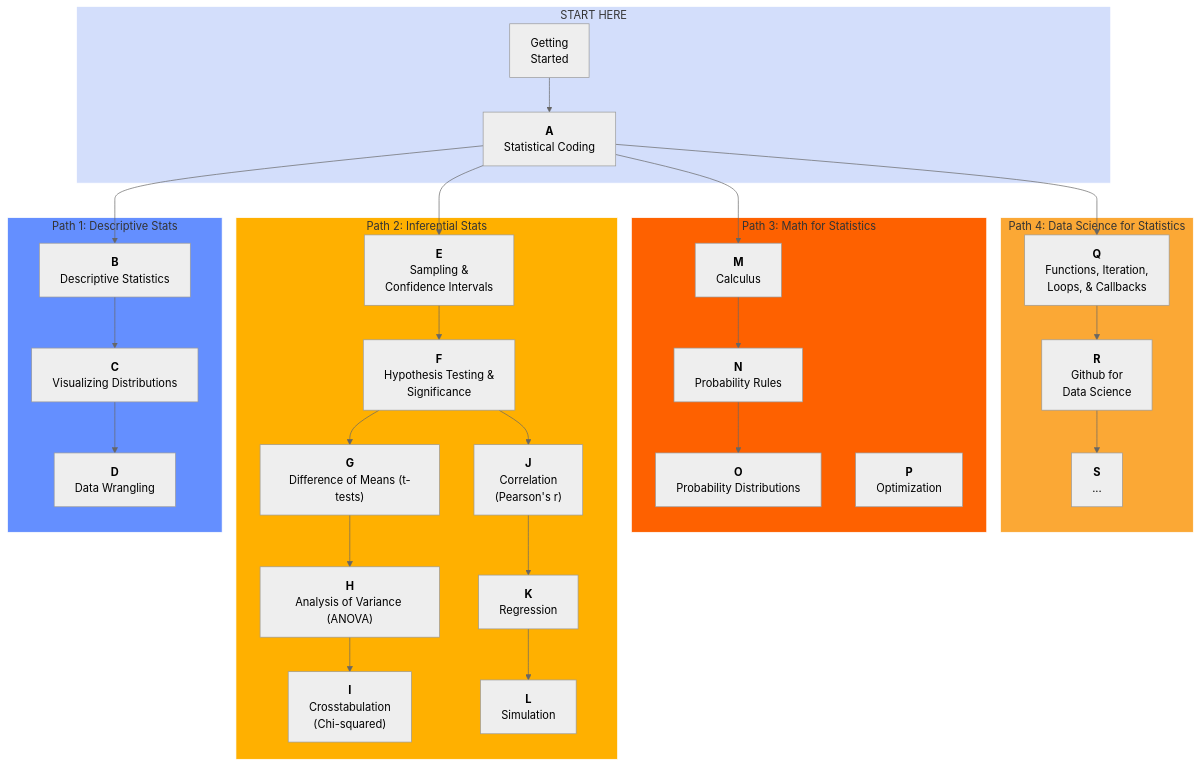
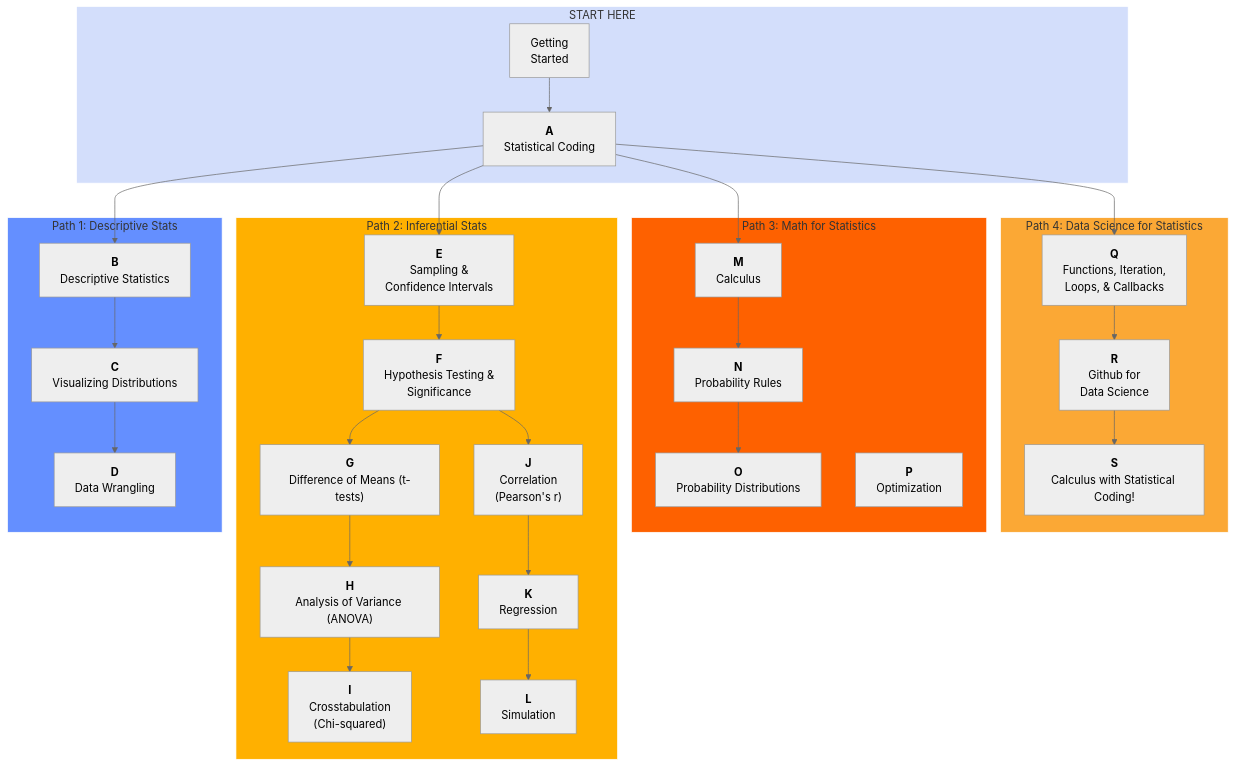
Before and after one commit to timothyfraser/stats_bootcamp: the diagram in README.md, drawn with Mermaid (neutral theme).

````diff
--- a/README.md
+++ b/README.md
@@ -85,68 +85,68 @@
 ```mermaid
 flowchart TD
 
 
 subgraph p0["START HERE"]
     Z["Getting<br>Started"]
     A["<b>A</b><br>Statistical Coding"]
 end
 
 subgraph p4["Path 4: Data Science for Statistics"]
     Q["<b>Q</b><br>Functions, Iteration,<br>Loops, & Callbacks"]
     R["<b>R</b><br>Github for<br>Data Science"]
-    S["<b>S</b><br>..."]
+    S["<b>S</b><br>Calculus with Statistical Coding!"]
 end
 
 subgraph p3["Path 3: Math for Statistics"]
     M["<b>M</b><br>Calculus"]
     N["<b>N</b><br>Probability Rules"]
     O["<b>O</b><br>Probability Distributions"]
     P["<b>P</b><br>Optimization"]
 end
 
 subgraph p2["Path 2: Inferential Stats"]
     E["<b>E</b><br>Sampling &<br>Confidence Intervals"]
     F["<b>F</b><br>Hypothesis Testing &<br>Significance"]
     G["<b>G</b><br>Difference of Means (t-tests)"]
     H["<b>H</b><br>Analysis of Variance (ANOVA)"]
     I["<b>I</b><br>Crosstabulation<br>(Chi-squared)"]
     J["<b>J</b><br>Correlation<br>(Pearson's r)"]
     K["<b>K</b><br>Regression"]
     L["<b>L</b><br>Simulation"]
 end
 
 subgraph p1["Path 1: Descriptive Stats"]
     B["<b>B</b><br>Descriptive Statistics"]
     C["<b>C</b><br>Visualizing Distributions"]
     D["<b>D</b><br>Data Wrangling"]
 end
 
 
 
 Z --> A
 A --> B --> C --> D
 A --> E --> F --> G --> H --> I
 F --> J --> K --> L
 A --> M --> N --> O 
 A --> Q --> R --> S
 
 
 %%class Z,A path0;
 %%class B,C,D path1;
 %%class E,F,G,H,I,J,K,L path2;
 %%class M,N,O,P,Q,R path3;
 
 class p0 path0;
 class p1 path1;
 class p2 path2;
 class p3 path3;
 class p4 path4;
 
 classDef path0 fill:#D3DEFB,stroke:#FFFFFF;
 classDef path1 fill:#648FFF,stroke:#FFFFFF;
 classDef path2 fill:#FFB000,stroke:#FFFFFF;
 classDef path3 fill:#FE6100,stroke:#FFFFFF;
 classDef path4 fill:#fba835,stroke:#FFFFFF;
 
 
 ```
````
